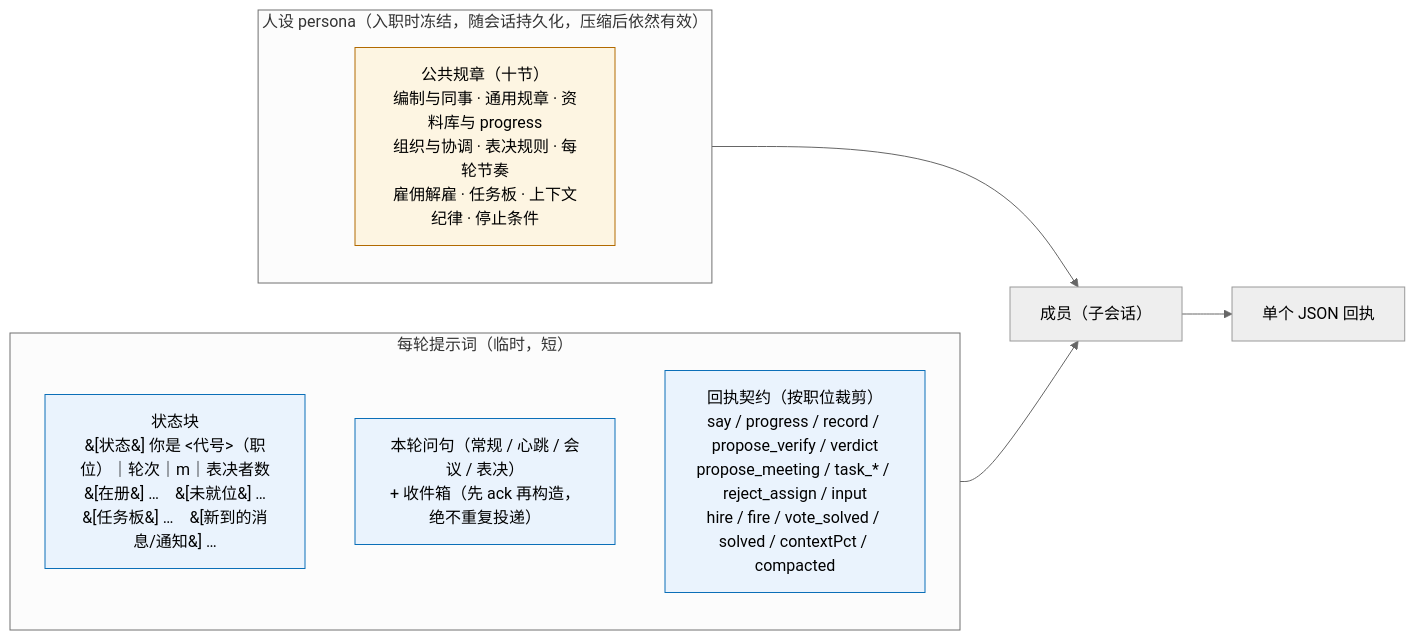
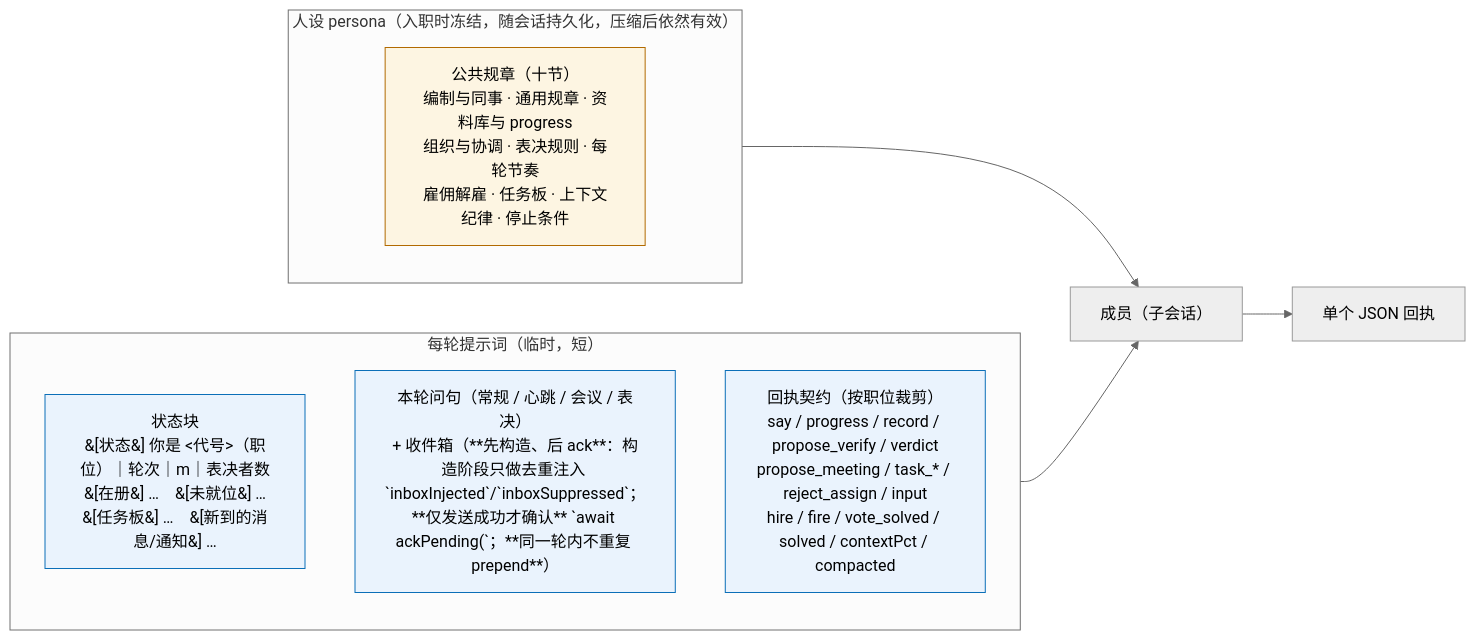
Before and after one commit to ChongCyrus/Vibe-Mathematics: the tenth of 11 diagrams in vibe-math-v5/架构图.md, drawn with Mermaid (neutral theme). The commit also changed other lines of this file and 3 other files, not shown here.

````diff
--- a/vibe-math-v5/架构图.md
+++ b/vibe-math-v5/架构图.md
@@ -319,19 +319,19 @@
 ```mermaid
 flowchart LR
     subgraph P["人设 persona（入职时冻结，随会话持久化，压缩后依然有效）"]
         CH["公共规章（十节）<br/>编制与同事 · 通用规章 · 资料库与 progress<br/>组织与协调 · 表决规则 · 每轮节奏<br/>雇佣解雇 · 任务板 · 上下文纪律 · 停止条件"]
     end
     subgraph R["每轮提示词（临时，短）"]
         ST["状态块<br/>&#91;状态&#93; 你是 &lt;代号&gt;（职位）｜轮次｜m｜表决者数<br/>&#91;在册&#93; …　&#91;未就位&#93; …<br/>&#91;任务板&#93; …　&#91;新到的消息/通知&#93; …"]
-        ASK["本轮问句（常规 / 心跳 / 会议 / 表决）<br/>+ 收件箱（先 ack 再构造，绝不重复投递）"]
+        ASK["本轮问句（常规 / 心跳 / 会议 / 表决）<br/>+ 收件箱（**先构造、后 ack**：构造阶段只做去重注入 `inboxInjected`/`inboxSuppressed`；**仅发送成功才确认** `await ackPending(`；**同一轮内不重复 prepend**）"]
         SPEC["回执契约（按职位裁剪）<br/>say / progress / record / propose_verify / verdict<br/>propose_meeting / task_* / reject_assign / input<br/>hire / fire / vote_solved / solved / contextPct / compacted"]
     end
     P --> MEM["成员（子会话）"]
     R --> MEM
     MEM --> OUT["单个 JSON 回执"]
 
     style CH fill:#fdf5e2,stroke:#b26a00
     style ST fill:#eaf3fd,stroke:#0b6fb8
     style ASK fill:#eaf3fd,stroke:#0b6fb8
     style SPEC fill:#eaf3fd,stroke:#0b6fb8
 ```
````
